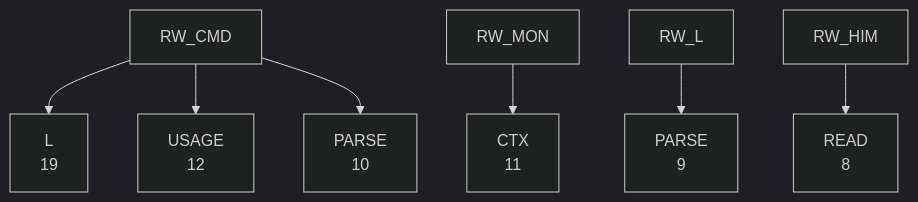
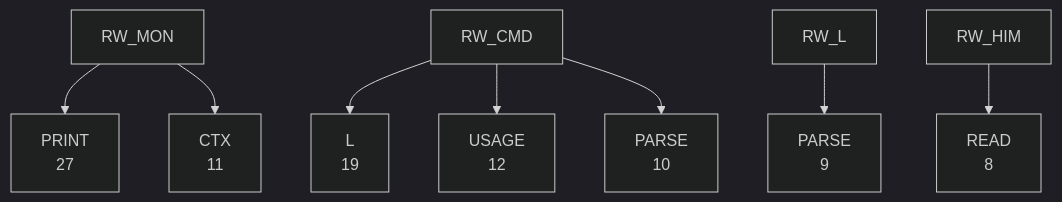
One commit to 95westus/R-YORS changed the third of 6 diagrams in DOC/GENERATED/ROUTINE_WORD_TREE.md. Above: the diagram before and after it, drawn with Mermaid (dark theme). The commit also changed other lines of this file and 42 other files, not shown here.

````diff
--- a/DOC/GENERATED/ROUTINE_WORD_TREE.md
+++ b/DOC/GENERATED/ROUTINE_WORD_TREE.md
@@ -47,9 +46,10 @@
 ```mermaid
 flowchart TD
+    RW_MON --> RW_MON_PRINT["PRINT<br/>27"]
     RW_CMD --> RW_CMD_L["L<br/>19"]
     RW_CMD --> RW_CMD_USAGE["USAGE<br/>12"]
     RW_MON --> RW_MON_CTX["CTX<br/>11"]
     RW_CMD --> RW_CMD_PARSE["PARSE<br/>10"]
     RW_L --> RW_L_PARSE["PARSE<br/>9"]
     RW_HIM --> RW_HIM_READ["READ<br/>8"]
 ```
````
